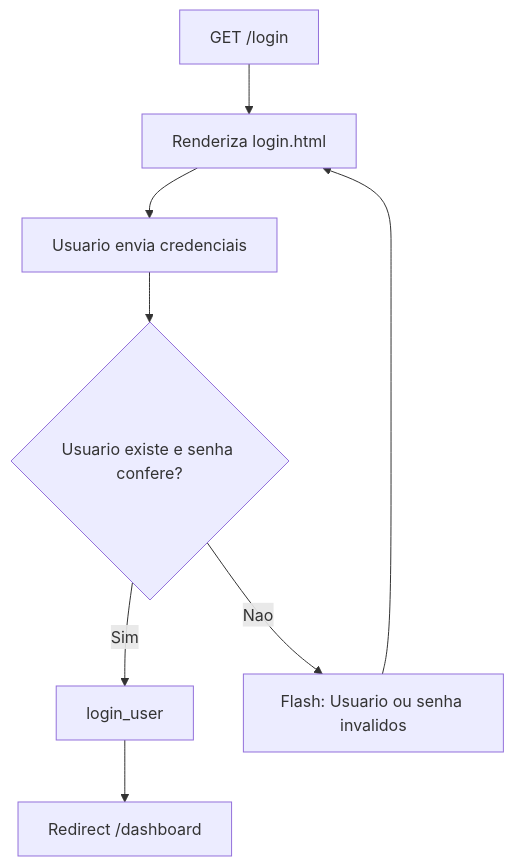
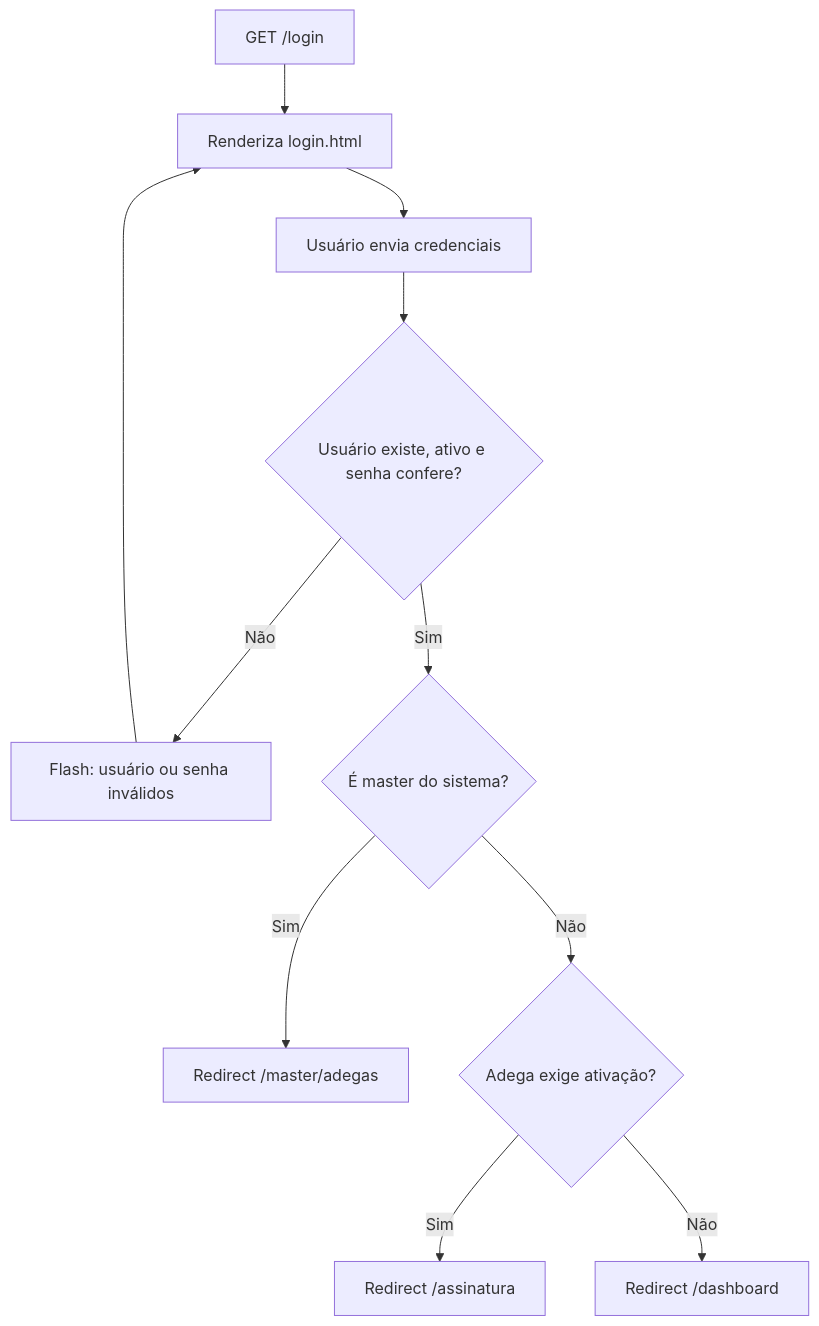
The second of 7 diagrams in docs/06-fluxo-sistema.md (RafaelBG7/pdv2026), drawn with Mermaid before and after one commit. The commit also changed other lines of this file and 82 other files, not shown here.

````diff
--- a/docs/06-fluxo-sistema.md
+++ b/docs/06-fluxo-sistema.md
@@ -27,10 +29,13 @@
 ```mermaid
 flowchart TD
     A["GET /login"] --> B["Renderiza login.html"]
-    B --> C["Usuario envia credenciais"]
-    C --> D{"Usuario existe e senha confere?"}
-    D -- "Sim" --> E["login_user"]
-    E --> F["Redirect /dashboard"]
-    D -- "Nao" --> G["Flash: Usuario ou senha invalidos"]
-    G --> B
+    B --> C["Usuário envia credenciais"]
+    C --> D{"Usuário existe, ativo e senha confere?"}
+    D -- "Não" --> E["Flash: usuário ou senha inválidos"]
+    E --> B
+    D -- "Sim" --> F{"É master do sistema?"}
+    F -- "Sim" --> G["Redirect /master/adegas"]
+    F -- "Não" --> H{"Adega exige ativação?"}
+    H -- "Sim" --> I["Redirect /assinatura"]
+    H -- "Não" --> J["Redirect /dashboard"]
 ```
````
